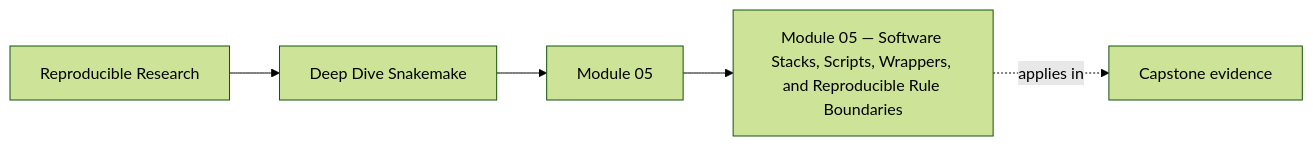
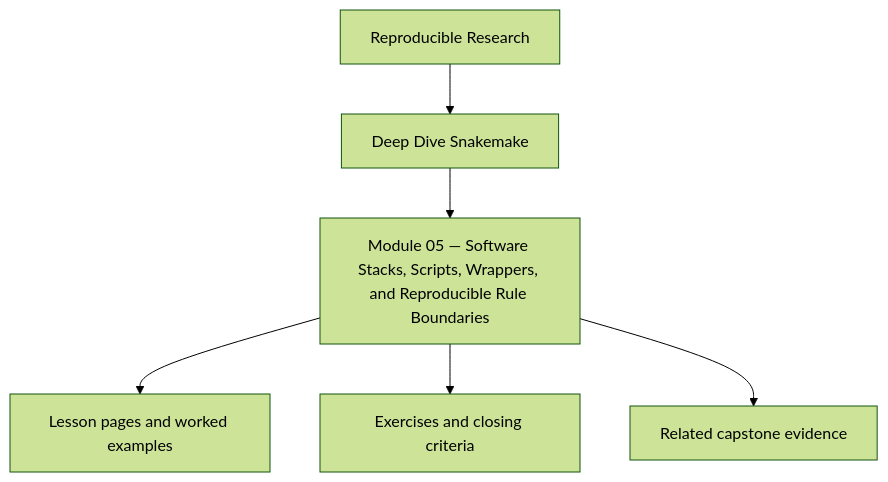
Before and after one commit to bijux/bijux-masterclass: the first of 2 diagrams in programs/reproducible-research/deep-dive-snakemake/course-book/module-05-software-boundaries-and-reproducible-rules/index.md, drawn with Mermaid (forest theme). The commit also changed other lines of this file and 10 other files, not shown here.

Commit message:
docs(deep-dive-snakemake): reposition module overview diagrams

````diff
--- a/programs/reproducible-research/deep-dive-snakemake/course-book/module-05-software-boundaries-and-reproducible-rules/index.md
+++ b/programs/reproducible-research/deep-dive-snakemake/course-book/module-05-software-boundaries-and-reproducible-rules/index.md
@@ -9,11 +9,8 @@
 ```mermaid
-graph LR
-  family["Reproducible Research"]
-  program["Deep Dive Snakemake"]
-  section["Module 05"]
-  page["Module 05 — Software Stacks, Scripts, Wrappers, and Reproducible Rule Boundaries"]
-  capstone["Capstone evidence"]
-
-  family --> program --> section --> page
-  page -.applies in.-> capstone
+flowchart TD
+  family["Reproducible Research"] --> program["Deep Dive Snakemake"]
+  program --> module["Module 05 — Software Stacks, Scripts, Wrappers, and Reproducible Rule Boundaries"]
+  module --> lessons["Lesson pages and worked examples"]
+  module --> checkpoints["Exercises and closing criteria"]
+  module --> capstone["Related capstone evidence"]
 ```
````
